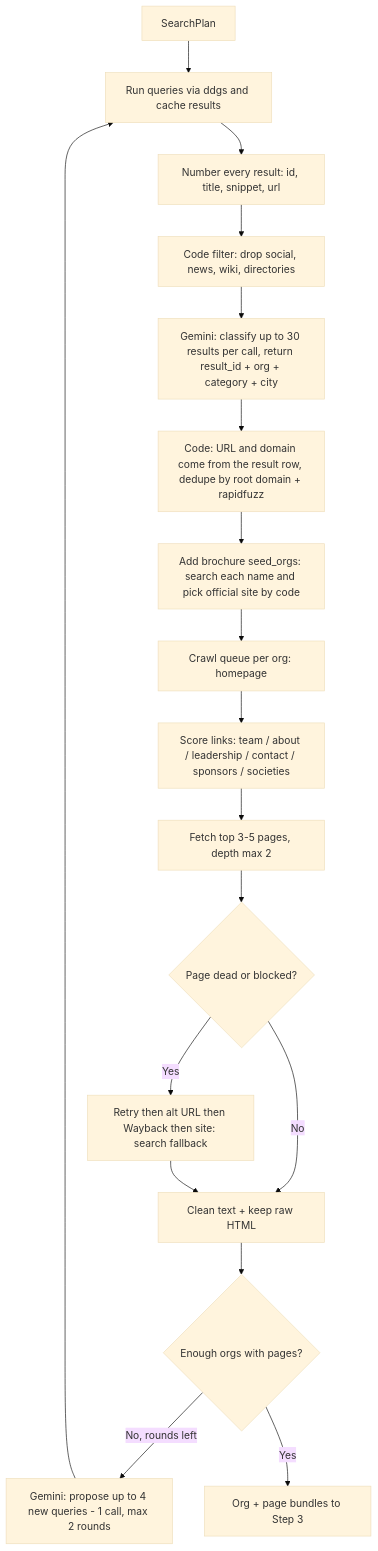
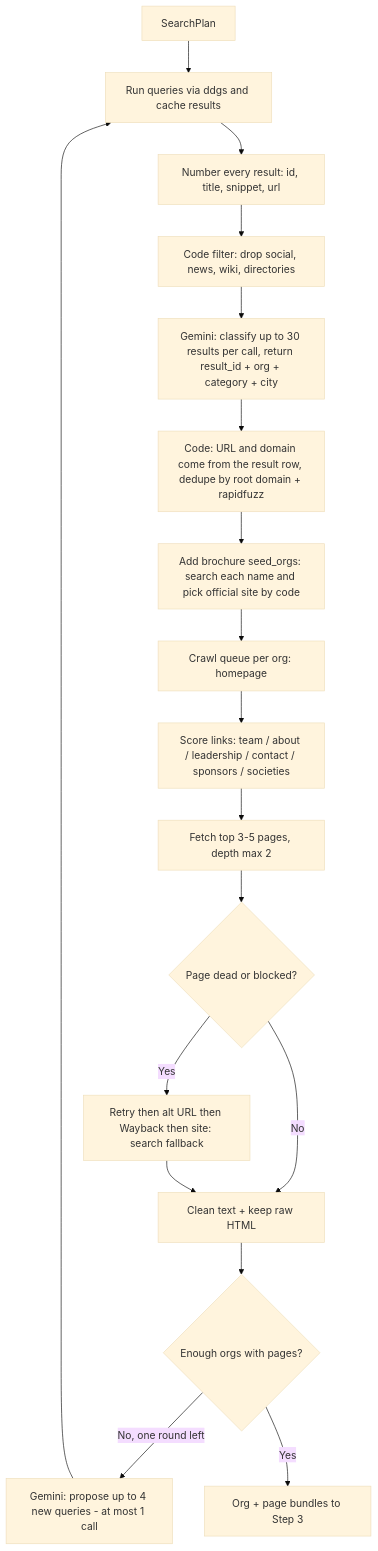
The third of 6 diagrams in PLAN_gemini.md (brishaldas-art/lead-agent), drawn with Mermaid (base theme) before and after one commit. The commit also changed other lines of this file and 28 other files, not shown here.

````diff
--- a/PLAN_gemini.md
+++ b/PLAN_gemini.md
@@ -269,20 +270,20 @@
 ```mermaid
 flowchart TD
     A[SearchPlan] --> B[Run queries via ddgs and cache results]
     B --> C[Number every result: id, title, snippet, url]
     C --> D[Code filter: drop social, news, wiki, directories]
     D --> E["Gemini: classify up to 30 results per call, return result_id + org + category + city"]
     E --> F[Code: URL and domain come from the result row, dedupe by root domain + rapidfuzz]
     F --> G[Add brochure seed_orgs: search each name and pick official site by code]
     G --> H[Crawl queue per org: homepage]
     H --> I[Score links: team / about / leadership / contact / sponsors / societies]
     I --> J[Fetch top 3-5 pages, depth max 2]
     J --> K{Page dead or blocked?}
     K -->|Yes| L[Retry then alt URL then Wayback then site: search fallback]
     K -->|No| M[Clean text + keep raw HTML]
     L --> M
     M --> N{Enough orgs with pages?}
-    N -->|No, rounds left| R["Gemini: propose up to 4 new queries - 1 call, max 2 rounds"]
+    N -->|No, one round left| R["Gemini: propose up to 4 new queries - at most 1 call"]
     R --> B
     N -->|Yes| O[Org + page bundles to Step 3]
 ```
````
